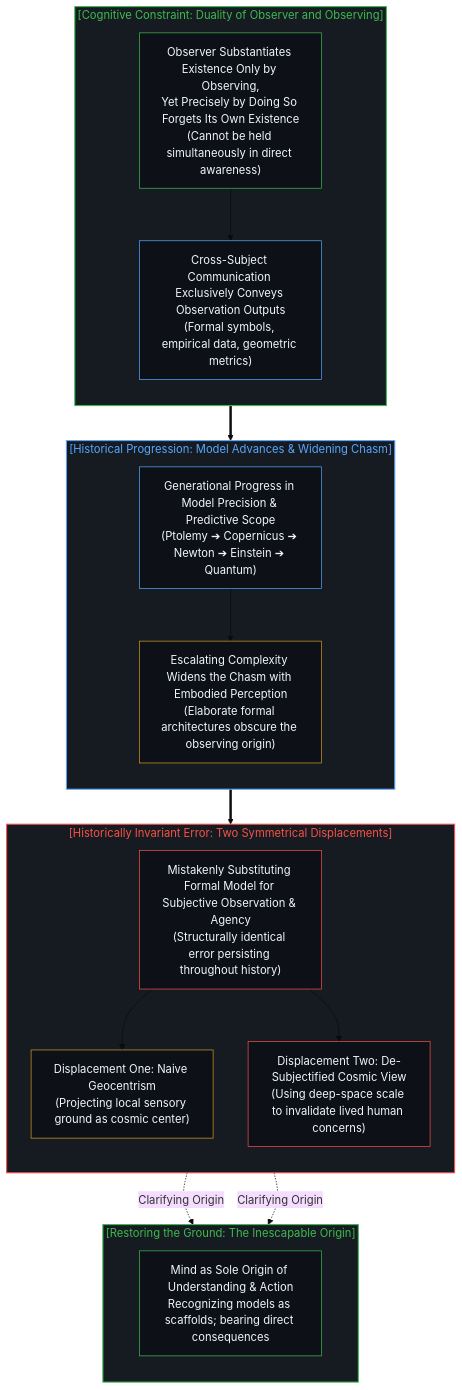
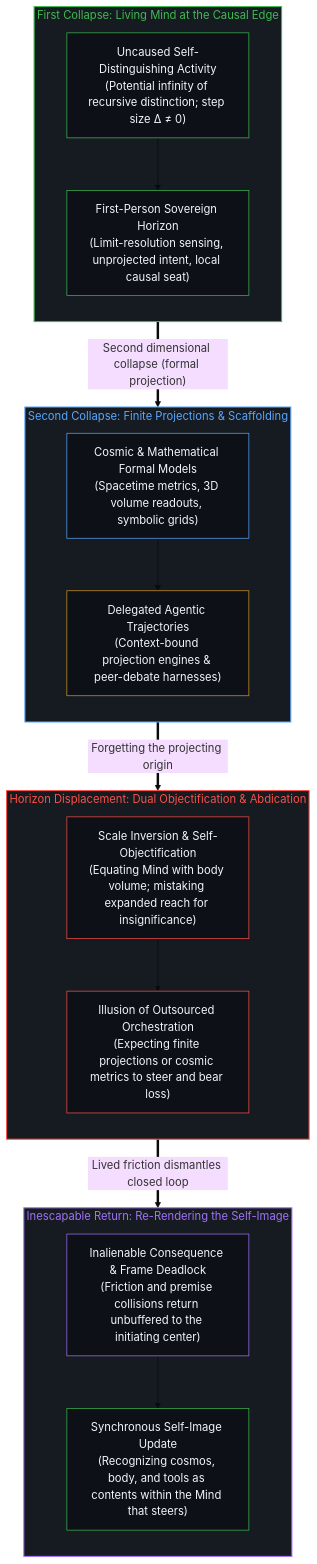
The second of 2 diagrams in content/posts/one-cannot-escape-ones-own-mind.md (powerpig99/not-a-toe), drawn with Mermaid (base theme) before and after one commit. The commit also changed other lines of this file and 4 other files, not shown here.

Commit message:
Sleep Wave 3 (L2 #73-#75): Refine one-cannot-escape-ones-own-mind, the-real-scarcity-is-not-memory-but-continuous-re-tracing, the-myth-of-population-collapse-explained

````diff
--- a/content/posts/one-cannot-escape-ones-own-mind.md
+++ b/content/posts/one-cannot-escape-ones-own-mind.md
@@ -262,48 +121,47 @@
 ```mermaid
 flowchart TD
-    subgraph S_CognitiveConstraint_EN ["[Cognitive Constraint: Duality of Observer and Observing]"]
+    subgraph S_First["First Collapse: Living Mind at the Causal Edge"]
         direction TB
-        DE1["Observer Substantiates Existence Only by Observing,<br/>Yet Precisely by Doing So Forgets Its Own Existence<br/>(Cannot be held simultaneously in direct awareness)"]
-        DE2["Cross-Subject Communication Exclusively Conveys Observation Outputs<br/>(Formal symbols, empirical data, geometric metrics)"]
-        DE1 --> DE2
+        F_Edge["Uncaused Self-Distinguishing Activity<br/>(Potential infinity of recursive distinction; step size Δ ≠ 0)"]
+        F_Seat["First-Person Sovereign Horizon<br/>(Limit-resolution sensing, unprojected intent, local causal seat)"]
+        F_Edge --> F_Seat
     end
 
-    subgraph S_HistoricalProgress_EN ["[Historical Progression: Model Advances & Widening Chasm]"]
+    subgraph S_Second["Second Collapse: Finite Projections & Scaffolding"]
         direction TB
-        PE1["Generational Progress in Model Precision & Predictive Scope<br/>(Ptolemy ➔ Copernicus ➔ Newton ➔ Einstein ➔ Quantum)"]
-        PE2["Escalating Complexity Widens the Chasm with Embodied Perception<br/>(Elaborate formal architectures obscure the observing origin)"]
-        PE1 --> PE2
+        P_Cosmic["Cosmic & Mathematical Formal Models<br/>(Spacetime metrics, 3D volume readouts, symbolic grids)"]
+        P_Agent["Delegated Agentic Trajectories<br/>(Context-bound projection engines & peer-debate harnesses)"]
+        P_Cosmic --> P_Agent
     end
 
-    subgraph S_InvariantError_EN ["[Historically Invariant Error: Two Symmetrical Displacements]"]
+    subgraph S_Inversion["Horizon Displacement: Dual Objectification & Abdication"]
         direction TB
-        EE1["Mistakenly Substituting Formal Model for Subjective Observation & Agency<br/>(Structurally identical error persisting throughout history)"]
-        TE1["Displacement One: Naive Geocentrism<br/>(Projecting local sensory ground as cosmic center)"]
-        TE2["Displacement Two: De-Subjectified Cosmic View<br/>(Using deep-space scale to invalidate lived human concerns)"]
-        EE1 --> TE1
-        EE1 --> TE2
+        I_Scale["Scale Inversion & Self-Objectification<br/>(Equating Mind with body volume; mistaking expanded reach for insignificance)"]
+        I_Abdicate["Illusion of Outsourced Orchestration<br/>(Expecting finite projections or cosmic metrics to steer and bear loss)"]
+        I_Scale --> I_Abdicate
     end
 
-    subgraph S_SovereignReturn_EN ["[Restoring the Ground: The Inescapable Origin]"]
+    subgraph S_Return["Inescapable Return: Re-Rendering the Self-Image"]
         direction TB
-        SRE1["Mind as Sole Origin of Understanding & Action<br/>Recognizing models as scaffolds; bearing direct consequences"]
+        R_Lock["Inalienable Consequence & Frame Deadlock<br/>(Friction and premise collisions return unbuffered to the initiating center)"]
+        R_Update["Synchronous Self-Image Update<br/>(Recognizing cosmos, body, and tools as contents within the Mind that steers)"]
+        R_Lock --> R_Update
     end
 
-    DE2 ==> PE1
-    PE2 ==> EE1
-    TE1 -.->|"Clarifying Origin"| SRE1
-    TE2 -.->|"Clarifying Origin"| SRE1
+    F_Seat ==>|"Second dimensional collapse (formal projection)"| P_Cosmic
+    P_Agent ==>|"Forgetting the projecting origin"| I_Scale
+    I_Abdicate ==>|"Lived friction dismantles closed loop"| R_Lock
 
-    style S_CognitiveConstraint_EN fill:#161b22,stroke:#3fb950,stroke-width:1.5px,color:#3fb950
-    style S_HistoricalProgress_EN fill:#161b22,stroke:#58a6ff,stroke-width:1.5px,color:#58a6ff
-    style S_InvariantError_EN fill:#161b22,stroke:#f85149,stroke-width:1.5px,color:#f85149
-    style S_SovereignReturn_EN fill:#161b22,stroke:#3fb950,stroke-width:1.5px,color:#3fb950
-    style DE1 fill:#0d1117,stroke:#3fb950,stroke-width:1px,color:#f0f6fc
-    style DE2 fill:#0d1117,stroke:#58a6ff,stroke-width:1px,color:#f0f6fc
-    style PE1 fill:#0d1117,stroke:#58a6ff,stroke-width:1px,color:#f0f6fc
-    style PE2 fill:#0d1117,stroke:#d29922,stroke-width:1px,color:#f0f6fc
-    style EE1 fill:#0d1117,stroke:#f85149,stroke-width:1px,color:#f0f6fc
-    style TE1 fill:#0d1117,stroke:#d29922,stroke-width:1px,color:#f0f6fc
-    style TE2 fill:#0d1117,stroke:#f85149,stroke-width:1px,color:#f0f6fc
-    style SRE1 fill:#0d1117,stroke:#3fb950,stroke-width:1px,color:#f0f6fc
+    style S_First fill:#161b22,stroke:#3fb950,stroke-width:1.5px,color:#3fb950
+    style S_Second fill:#161b22,stroke:#58a6ff,stroke-width:1.5px,color:#58a6ff
+    style S_Inversion fill:#161b22,stroke:#f85149,stroke-width:1.5px,color:#f85149
+    style S_Return fill:#161b22,stroke:#a371f7,stroke-width:1.5px,color:#a371f7
+    style F_Edge fill:#0d1117,stroke:#3fb950,stroke-width:1px,color:#f0f6fc
+    style F_Seat fill:#0d1117,stroke:#3fb950,stroke-width:1px,color:#f0f6fc
+    style P_Cosmic fill:#0d1117,stroke:#58a6ff,stroke-width:1px,color:#f0f6fc
+    style P_Agent fill:#0d1117,stroke:#d29922,stroke-width:1px,color:#f0f6fc
+    style I_Scale fill:#0d1117,stroke:#f85149,stroke-width:1px,color:#f0f6fc
+    style I_Abdicate fill:#0d1117,stroke:#f85149,stroke-width:1px,color:#f0f6fc
+    style R_Lock fill:#0d1117,stroke:#a371f7,stroke-width:1px,color:#f0f6fc
+    style R_Update fill:#0d1117,stroke:#3fb950,stroke-width:1px,color:#f0f6fc
 ```
````
